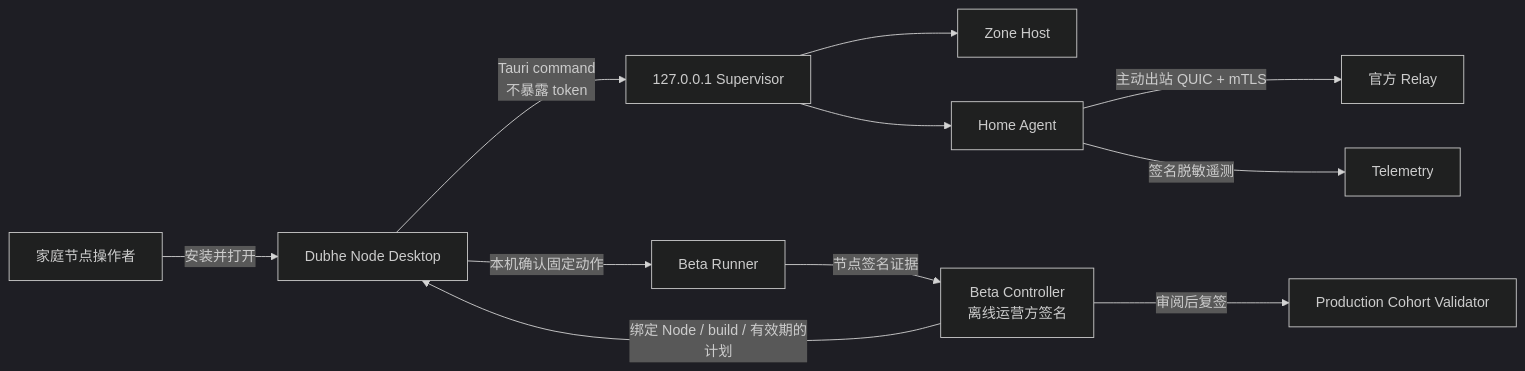
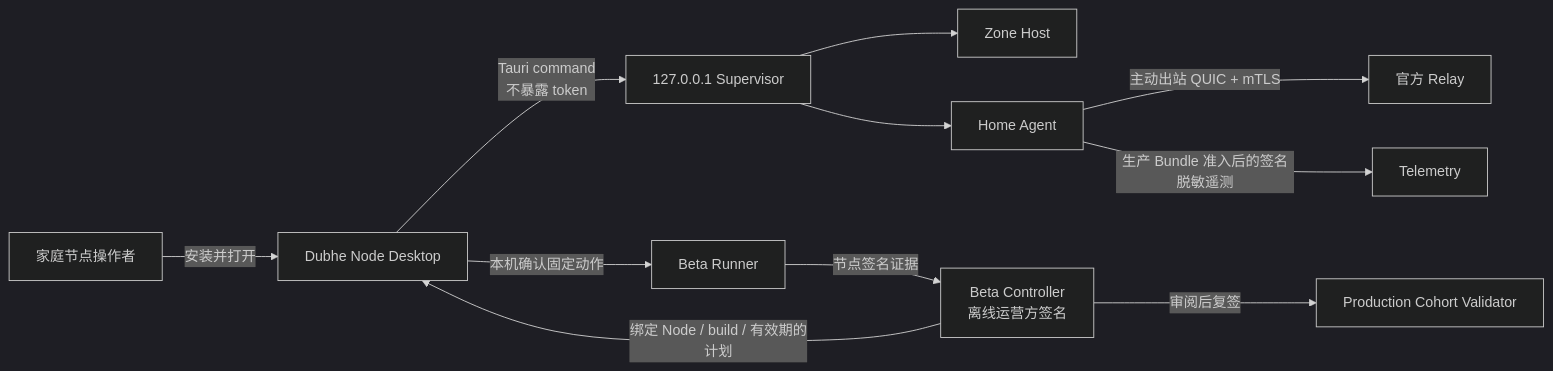
Before and after one commit to Zombieliu/mir2: the first of 3 diagrams in mir2-web3/docs/DUBHE-NODE-DESKTOP-BETA.zh-CN.md, drawn with Mermaid (dark theme). The commit also changed other lines of this file and 28 other files, not shown here.

````diff
--- a/mir2-web3/docs/DUBHE-NODE-DESKTOP-BETA.zh-CN.md
+++ b/mir2-web3/docs/DUBHE-NODE-DESKTOP-BETA.zh-CN.md
@@ -19,13 +22,13 @@
 ```mermaid
 flowchart LR
   U["家庭节点操作者"] -->|"安装并打开"| D["Dubhe Node Desktop"]
   D -->|"Tauri command<br/>不暴露 token"| S["127.0.0.1 Supervisor"]
   S --> Z["Zone Host"]
   S --> A["Home Agent"]
   A -->|"主动出站 QUIC + mTLS"| R["官方 Relay"]
-  A -->|"签名脱敏遥测"| T["Telemetry"]
+  A -->|"生产 Bundle 准入后的签名脱敏遥测"| T["Telemetry"]
   C["Beta Controller<br/>离线运营方签名"] -->|"绑定 Node / build / 有效期的计划"| D
   D -->|"本机确认固定动作"| B["Beta Runner"]
   B -->|"节点签名证据"| C
   C -->|"审阅后复签"| V["Production Cohort Validator"]
 ```
````
